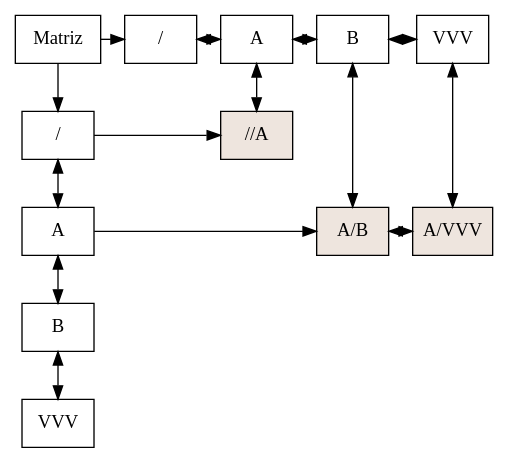
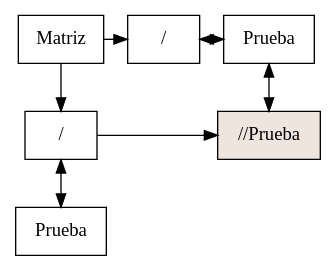
Before and after one commit to Eduardo01004/EDD_2S2019_PY2_201612124: the diagram in Proyecto2/Matriz.dot, drawn with Graphviz. The commit also changed 23 other files, not shown here.

```diff
--- a/Proyecto2/Matriz.dot
+++ b/Proyecto2/Matriz.dot
@@ -1,42 +1,22 @@
 digraph G{
 node [shape = box]
 raiz[label="Matriz"  group=1];
-1926504677 [label="/" group = 1];
-1423068889 [label="A" group = 1];
-976682032 [label="B" group = 1];
-204377634 [label="VVV" group = 1];
-1926504677->1423068889[dir=both];
-1423068889->976682032[dir=both];
-976682032->204377634[dir=both];
-1444922939 [label="/" group = 49];
-1268800339 [label="A" group = 67];
-915114628 [label="B" group = 68];
-539023194 [label="VVV" group = 260];
-1444922939->1268800339[dir=both];
-1268800339->915114628[dir=both];
-915114628->539023194[dir=both];
-raiz ->1926504677
-raiz ->1444922939
+1196078410 [label="/" group = 1];
+753596434 [label="Prueba" group = 1];
+1196078410->753596434[dir=both];
+1549784041 [label="/" group = 49];
+2093416801 [label="Prueba" group = 609];
+1549784041->2093416801[dir=both];
+raiz ->1196078410
+raiz ->1549784041
 { rank  = same; raiz 
-1444922939;
-1268800339;
-915114628;
-539023194;
+1549784041;
+2093416801;
 }
-2118460907 [style=filled,fillcolor=seashell2,label= "//A" group = 67 ];
-149410223 [style=filled,fillcolor=seashell2,label= "A/B" group = 68 ];
-1086257656 [style=filled,fillcolor=seashell2,label= "A/VVV" group = 260 ];
-1926504677->2118460907
-{ rank = same; 1926504677;
-2118460907;
+1428148545 [style=filled,fillcolor=seashell2,label= "//Prueba" group = 609 ];
+1196078410->1428148545
+{ rank = same; 1196078410;
+1428148545;
 }
-1423068889->149410223
-149410223->1086257656[dir=both];
-{ rank = same; 1423068889;
-149410223;
-1086257656;
+2093416801->1428148545[dir=both];
 }
-1268800339->2118460907[dir=both];
-915114628->149410223[dir=both];
-539023194->1086257656[dir=both];
-}
```
